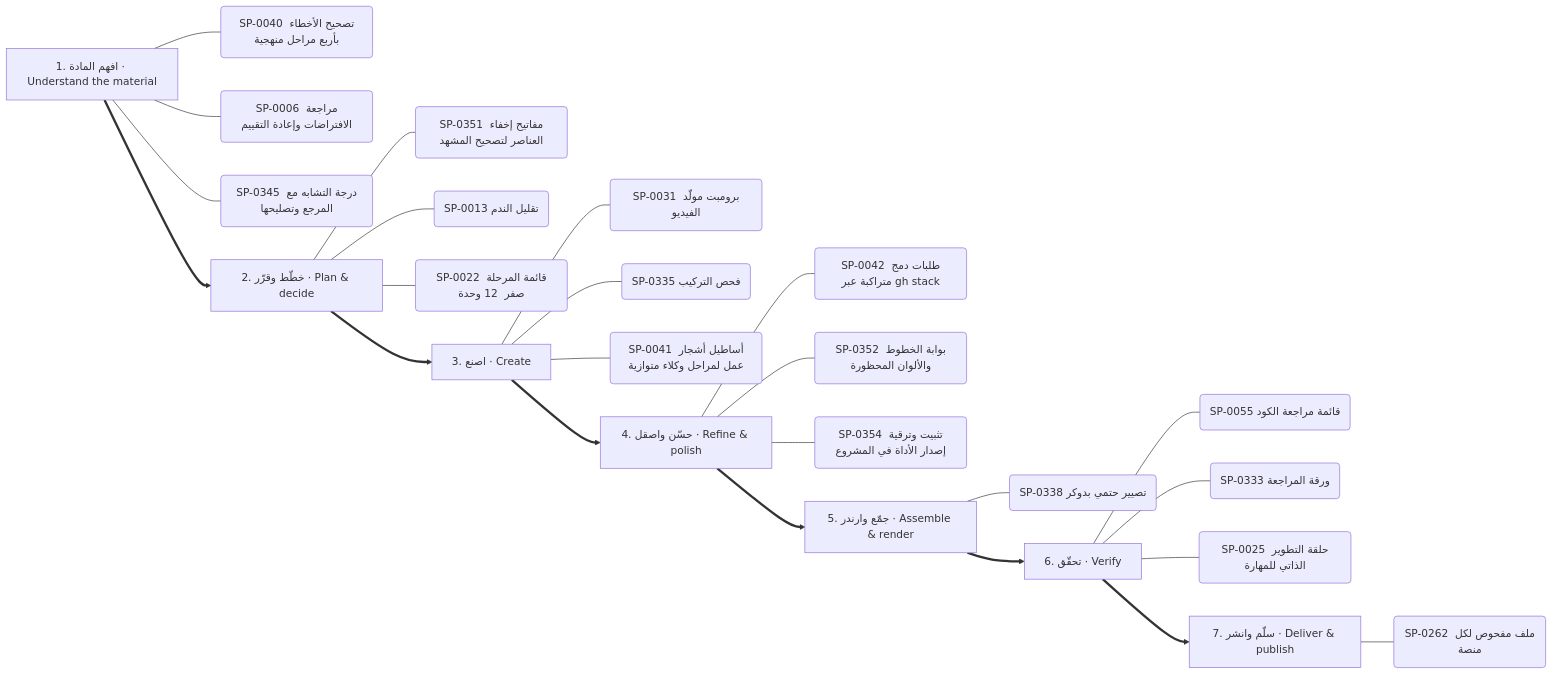
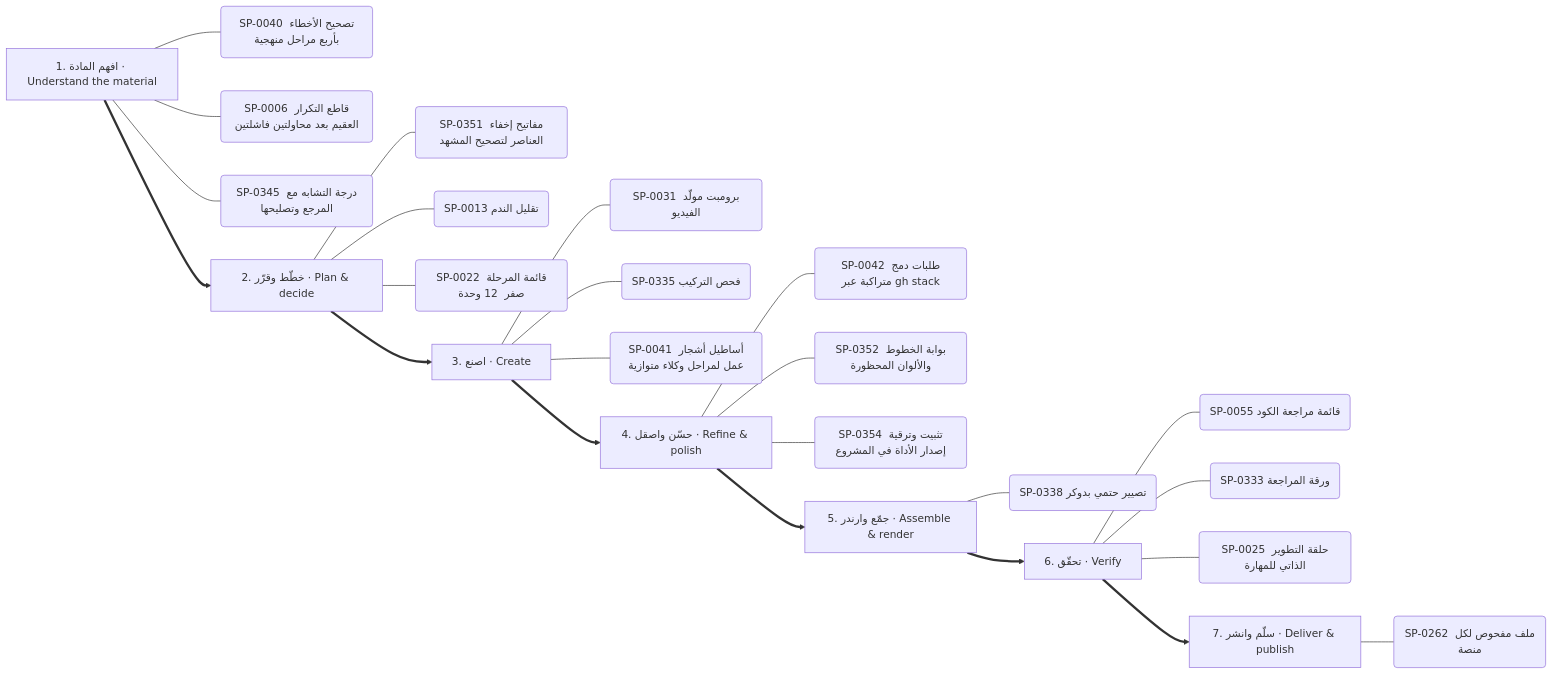
One commit to kosif199022-jpg/kosif-tool changed the tenth of 13 diagrams in .claude/skills/kosif-superpowers/references/capability-mindmap.md. Above: the diagram before and after it, drawn with Mermaid. The commit also changed other lines of this file and 37 other files, not shown here.

````diff
--- a/.claude/skills/kosif-superpowers/references/capability-mindmap.md
+++ b/.claude/skills/kosif-superpowers/references/capability-mindmap.md
@@ -500,33 +500,33 @@
 ```mermaid
 flowchart LR
   S0["1. افهم المادة · Understand the material"]
   S0 --- S0_0("SP-0040 تصحيح الأخطاء بأربع مراحل منهجية")
-  S0 --- S0_1("SP-0006 مراجعة الافتراضات وإعادة التقييم")
+  S0 --- S0_1("SP-0006 قاطع التكرار العقيم بعد محاولتين فاشلتين")
   S0 --- S0_2("SP-0345 درجة التشابه مع المرجع وتصليحها")
   S1["2. خطّط وقرّر · Plan & decide"]
   S1 --- S1_0("SP-0351 مفاتيح إخفاء العناصر لتصحيح المشهد")
   S1 --- S1_1("SP-0013 تقليل الندم")
   S1 --- S1_2("SP-0022 قائمة المرحلة صفر  12 وحدة ")
   S0 ==> S1
   S2["3. اصنع · Create"]
   S2 --- S2_0("SP-0031 برومبت مولّد الفيديو")
   S2 --- S2_1("SP-0335 فحص التركيب")
   S2 --- S2_2("SP-0041 أساطيل أشجار عمل لمراحل وكلاء متوازية")
   S1 ==> S2
   S3["4. حسّن واصقل · Refine & polish"]
   S3 --- S3_0("SP-0042 طلبات دمج متراكبة عبر gh stack")
   S3 --- S3_1("SP-0352 بوابة الخطوط والألوان المحظورة")
   S3 --- S3_2("SP-0354 تثبيت وترقية إصدار الأداة في المشروع")
   S2 ==> S3
   S4["5. جمّع وارندر · Assemble & render"]
   S4 --- S4_0("SP-0338 تصيير حتمي بدوكر")
   S3 ==> S4
   S5["6. تحقّق · Verify"]
   S5 --- S5_0("SP-0055 قائمة مراجعة الكود")
   S5 --- S5_1("SP-0333 ورقة المراجعة")
   S5 --- S5_2("SP-0025 حلقة التطوير الذاتي للمهارة")
   S4 ==> S5
   S6["7. سلّم وانشر · Deliver & publish"]
   S6 --- S6_0("SP-0262 ملف مفحوص لكل منصة")
   S5 ==> S6
 ```
````
